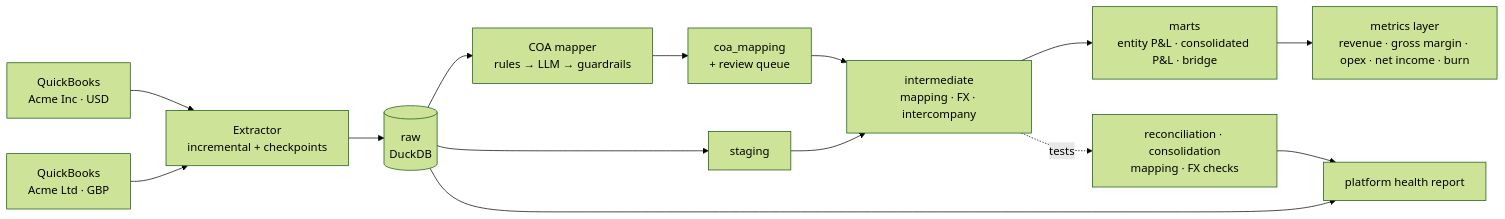
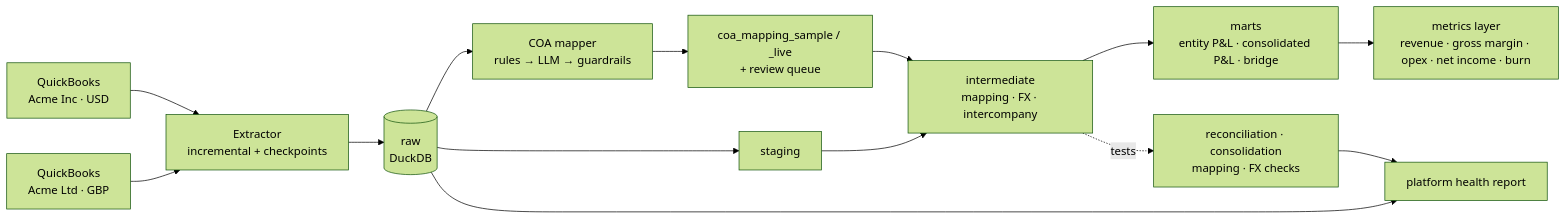
The diagram in README.md (kushajjee-tech/TaskForDT), drawn with Mermaid (forest theme) before and after one commit. The commit also changed other lines of this file and 4 other files, not shown here.

````diff
--- a/README.md
+++ b/README.md
@@ -25,16 +29,16 @@
 ```mermaid
 flowchart LR
     QBUS[QuickBooks<br/>Acme Inc · USD] --> EX
     QBUK[QuickBooks<br/>Acme Ltd · GBP] --> EX
     EX[Extractor<br/>incremental + checkpoints] --> RAW[(raw<br/>DuckDB)]
     RAW --> MAP[COA mapper<br/>rules → LLM → guardrails]
-    MAP --> SEED[coa_mapping<br/>+ review queue]
+    MAP --> SEED[coa_mapping_sample / _live<br/>+ review queue]
     RAW --> STG[staging]
     SEED --> INT
     STG --> INT[intermediate<br/>mapping · FX · intercompany]
     INT --> MARTS[marts<br/>entity P&L · consolidated P&L · bridge]
     MARTS --> MET[metrics layer<br/>revenue · gross margin · opex · net income · burn]
     INT -. tests .-> DQ[reconciliation · consolidation<br/>mapping · FX checks]
     DQ --> HEALTH[platform health report]
     RAW --> HEALTH
 ```
````
